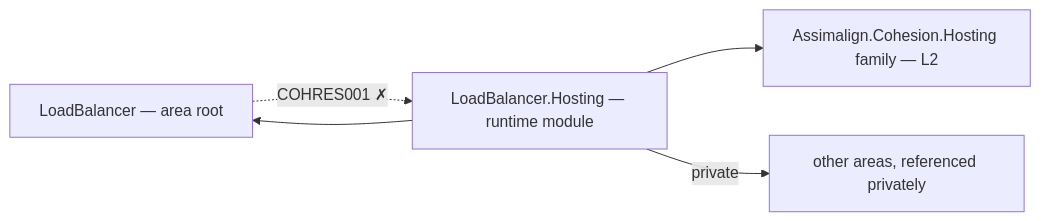
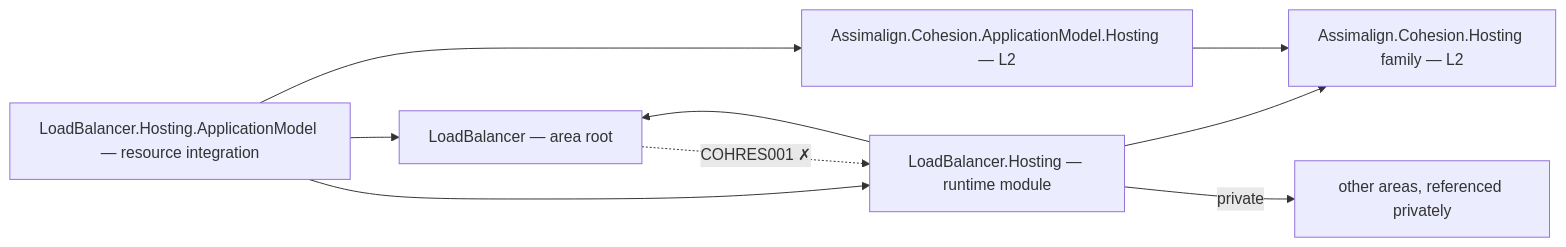
The diagram in resources/LoadBalancer/README.md (assimalign/cohesion), drawn with Mermaid before and after one commit. The commit also changed other lines of this file and 454 other files, not shown here.

First line of the commit message:
feat(resources): give every resource area a Hosting.ApplicationModel integration

````diff
--- a/resources/LoadBalancer/README.md
+++ b/resources/LoadBalancer/README.md
@@ -12,11 +12,17 @@
 ```mermaid
 flowchart LR
     P0["LoadBalancer — area root"]
     P2["LoadBalancer.Hosting — runtime module"]
+    PAM["LoadBalancer.Hosting.ApplicationModel — resource integration"]
+    AMH["Assimalign.Cohesion.ApplicationModel.Hosting — L2"]
     HOSTFAM["Assimalign.Cohesion.Hosting family — L2"]
     PRIV["other areas, referenced privately"]
     P2 --> HOSTFAM
     P2 --> P0
     P2 -->|"private"| PRIV
+    PAM --> P2
+    PAM --> P0
+    PAM --> AMH
+    AMH --> HOSTFAM
     P0 -.->|"COHRES001 ✗"| P2
 ```
````
